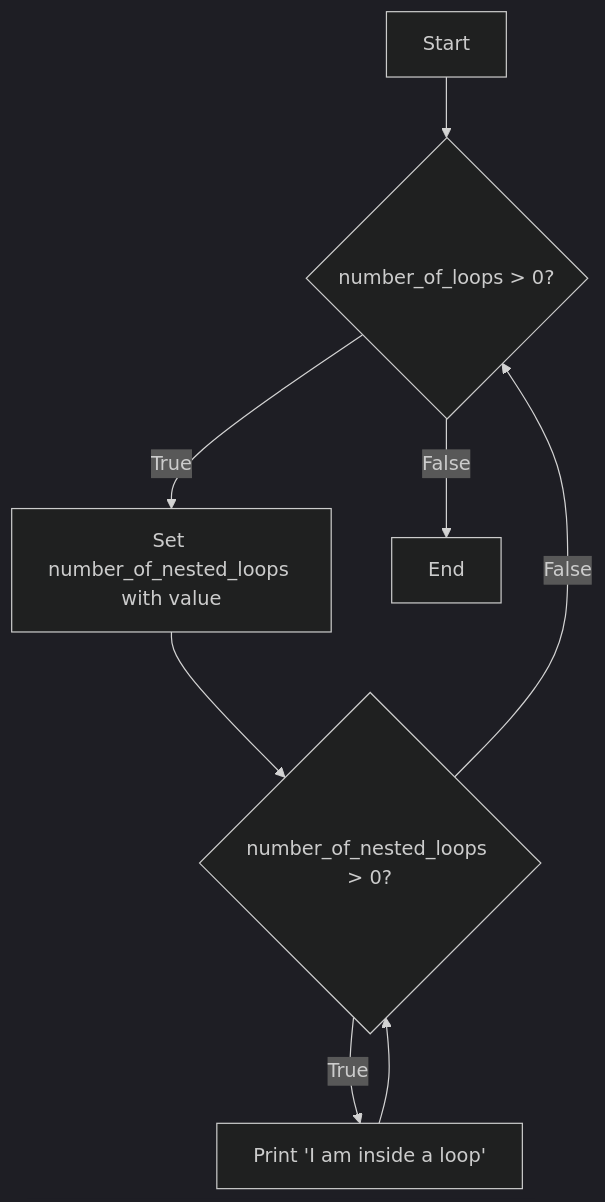
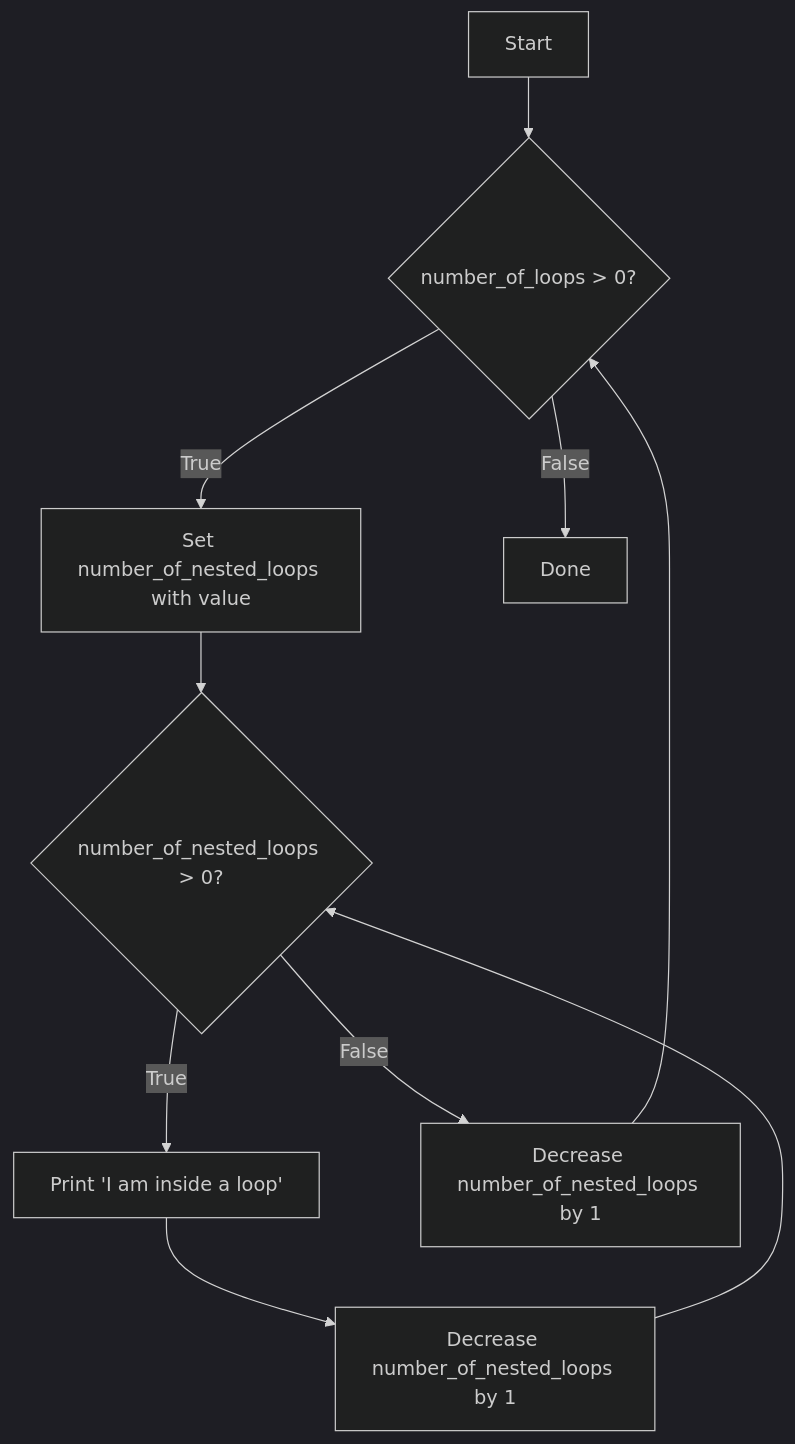
Before and after one commit to rahmanda/ayongulik: the third of 3 diagrams in courses/level-0/algoritma-menggunakan-python/6-looping-dan-debugging.md, drawn with Mermaid (dark theme).

Commit message:
docs(algoritma): fix some diagram

````diff
--- a/courses/level-0/algoritma-menggunakan-python/6-looping-dan-debugging.md
+++ b/courses/level-0/algoritma-menggunakan-python/6-looping-dan-debugging.md
@@ -123,10 +123,12 @@
 ```mermaid
 flowchart TD
     A[Start] --> B{number_of_loops > 0?}
     B -- True --> C[Set number_of_nested_loops with value]
     C --> D{number_of_nested_loops > 0?}
     D -- True --> E[Print 'I am inside a loop']
-    E --> D
-    D -- False --> B
-    B -- False --> F[End]
+    E --> F[Decrease number_of_nested_loops by 1]
+    F --> D
+    D -- False --> G[Decrease number_of_nested_loops by 1]
+    G --> B
+    B -- False --> H[Done]
 ```
````
